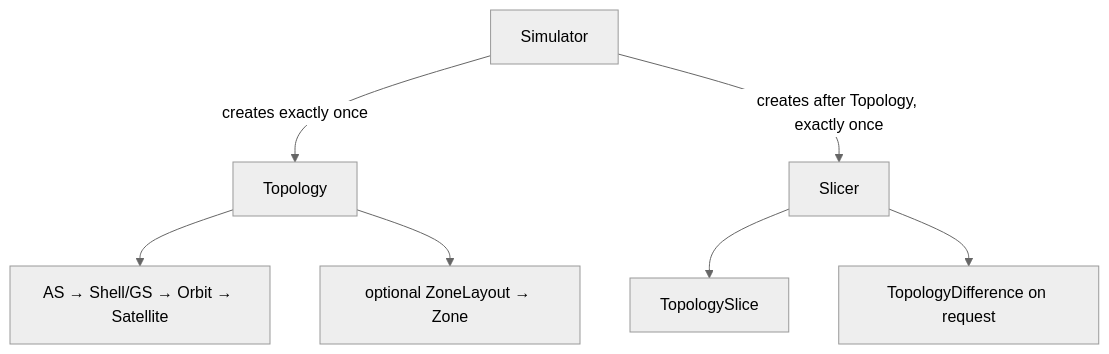
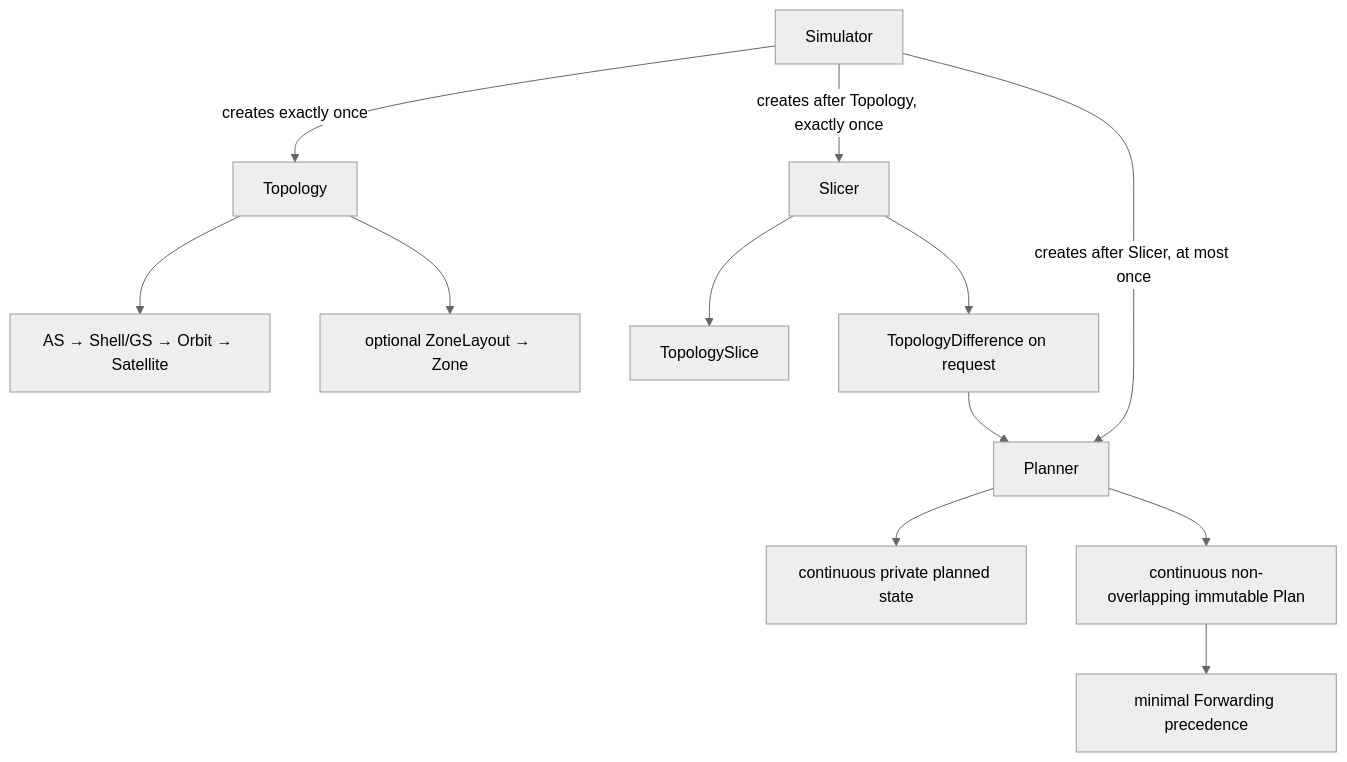
Before and after one commit to seed-labs/skyseed: the first of 2 diagrams in skyseed_v2/docs/human-readable/simulator-chain.md, drawn with Mermaid (neutral theme). The commit also changed other lines of this file and 64 other files, not shown here.

````diff
--- a/skyseed_v2/docs/human-readable/simulator-chain.md
+++ b/skyseed_v2/docs/human-readable/simulator-chain.md
@@ -6,9 +6,14 @@
 ```mermaid
 flowchart TD
     SIM["Simulator"] -->|creates exactly once| TOP["Topology"]
     TOP --> OWNER["AS → Shell/GS → Orbit → Satellite"]
     TOP --> ZL["optional ZoneLayout → Zone"]
     SIM -->|creates after Topology, exactly once| SLI["Slicer"]
     SLI --> TS["TopologySlice"]
     SLI --> DIFF["TopologyDifference on request"]
+    SIM -->|creates after Slicer, at most once| PLA["Planner"]
+    DIFF --> PLA
+    PLA --> STATE["continuous private planned state"]
+    PLA --> PLAN["continuous non-overlapping immutable Plan"]
+    PLAN --> ORDER["minimal Forwarding precedence"]
 ```
````
